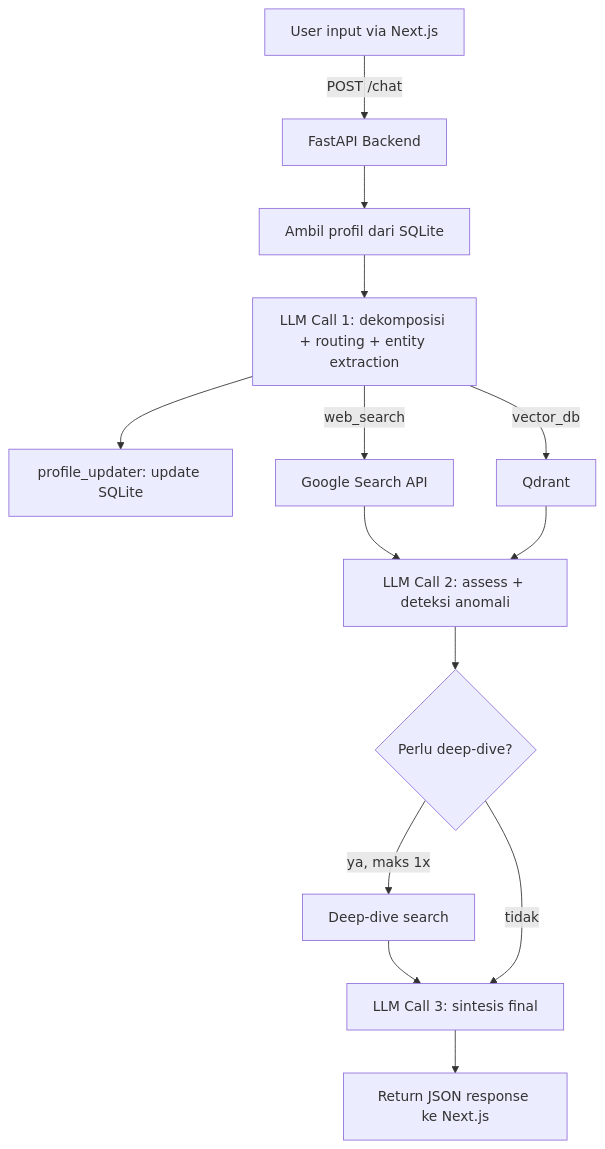
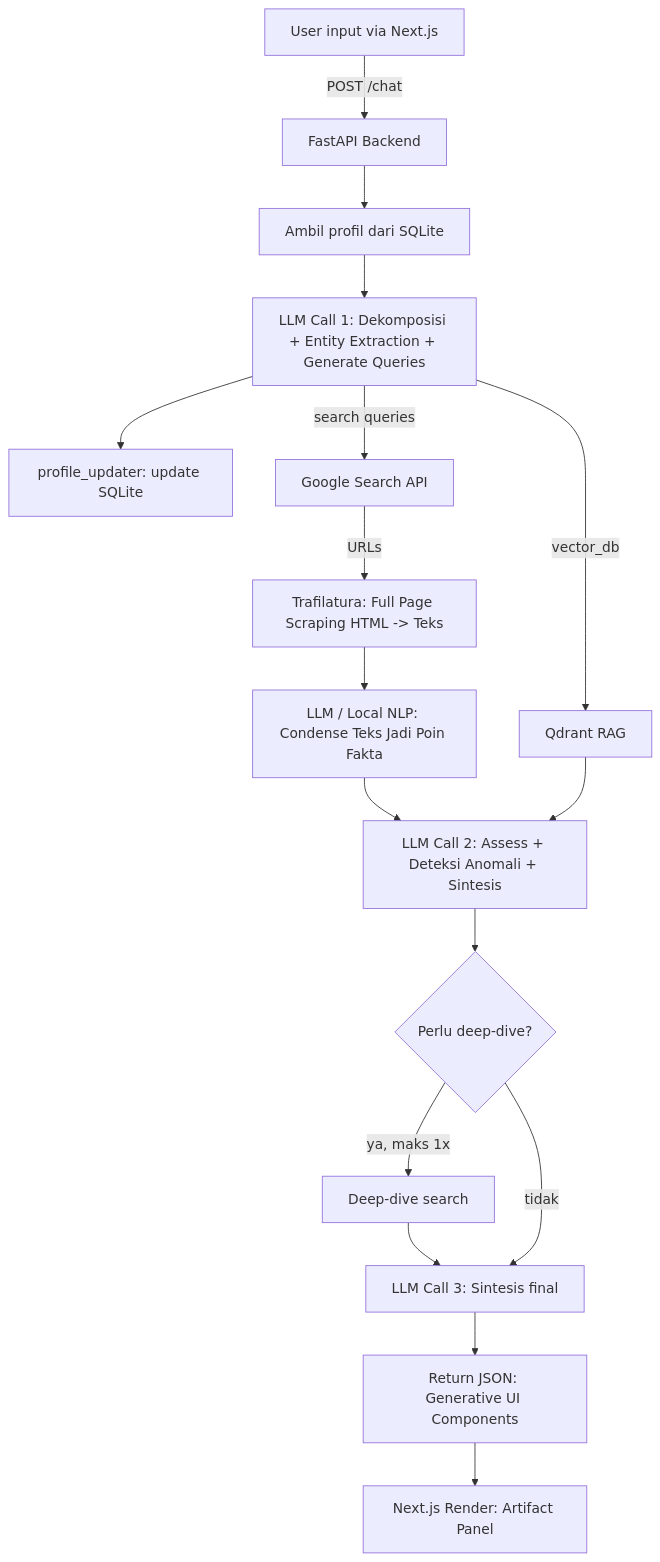
One commit to Hiro347/APPA changed the second of 3 diagrams in APPA_Tech_Spec.md. Above: the diagram before and after it, drawn with Mermaid. The commit also changed other lines of this file, not shown here.

Commit message:
docs: update mermaid flowchart to reflect deep research pipeline and generative UI

````diff
--- a/APPA_Tech_Spec.md
+++ b/APPA_Tech_Spec.md
@@ -143,16 +143,27 @@
 ```mermaid
 flowchart TD
     A[User input via Next.js] -->|POST /chat| B[FastAPI Backend]
     B --> C[Ambil profil dari SQLite]
-    C --> D[LLM Call 1: dekomposisi + routing + entity extraction]
+    
+    %% Otak Riset
+    C --> D[LLM Call 1: Dekomposisi + Entity Extraction + Generate Queries]
     D --> E[profile_updater: update SQLite]
-    D -->|web_search| F[Google Search API]
-    D -->|vector_db| G[Qdrant]
-    F --> H[LLM Call 2: assess + deteksi anomali]
-    G --> H
-    H --> I{Perlu deep-dive?}
-    I -- ya, maks 1x --> J[Deep-dive search]
-    J --> K[LLM Call 3: sintesis final]
-    I -- tidak --> K
-    K --> L[Return JSON response ke Next.js]
+    D -->|search queries| F[Google Search API]
+    D -->|vector_db| G[Qdrant RAG]
+    
+    %% Filter & Condense Pipeline
+    F -->|URLs| H[Trafilatura: Full Page Scraping HTML -> Teks]
+    H --> I[LLM / Local NLP: Condense Teks Jadi Poin Fakta]
+    
+    %% Otak Analisis & Komunikasi
+    I --> J[LLM Call 2: Assess + Deteksi Anomali + Sintesis]
+    G --> J
+    J --> K{Perlu deep-dive?}
+    K -- ya, maks 1x --> L[Deep-dive search]
+    L --> M[LLM Call 3: Sintesis final]
+    K -- tidak --> M
+    
+    %% Generative UI Output
+    M --> N[Return JSON: Generative UI Components]
+    N --> O[Next.js Render: Artifact Panel]
 ```
````
